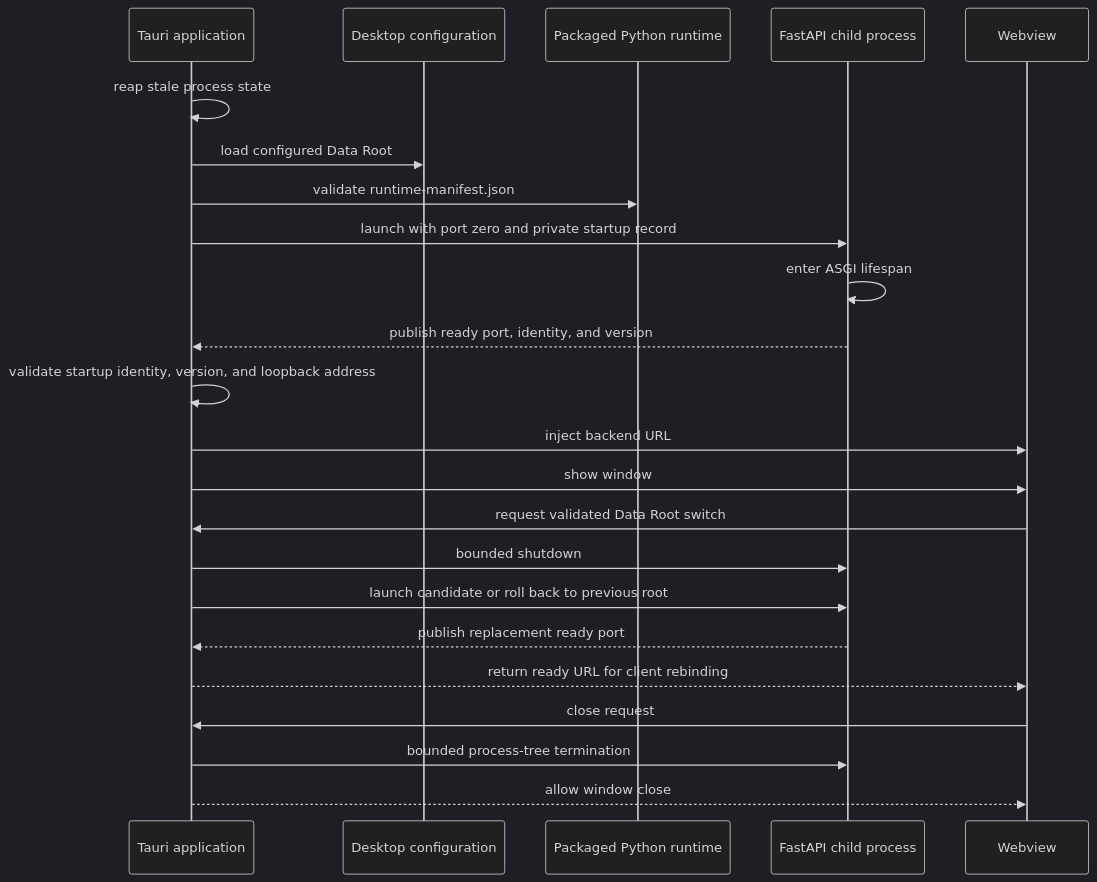
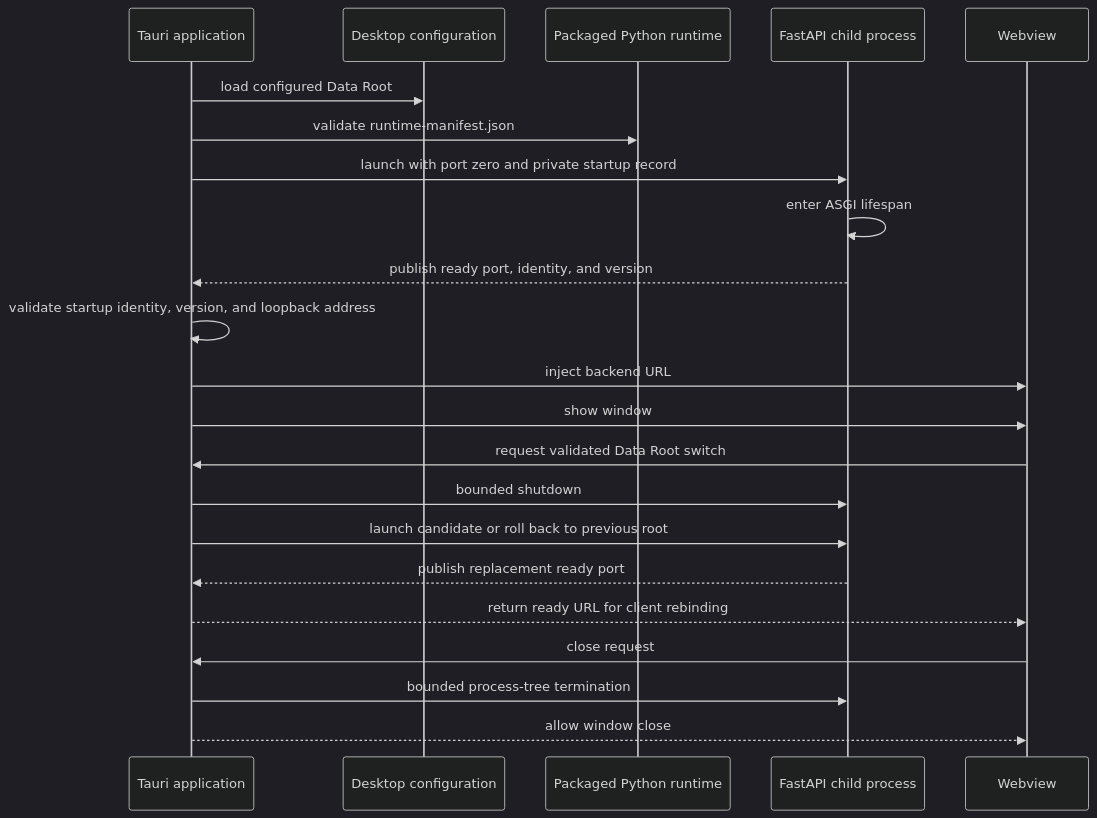
One commit to Australian-Text-Analytics-Platform/ldaca_web_app changed the first of 2 diagrams in docs/architecture/frontend/desktop.md. Above: the diagram before and after it, drawn with Mermaid (dark theme). The commit also changed other lines of this file and 2 other files, not shown here.

````diff
--- a/docs/architecture/frontend/desktop.md
+++ b/docs/architecture/frontend/desktop.md
@@ -15,26 +15,25 @@
 ```mermaid
 sequenceDiagram
     participant App as Tauri application
     participant Config as Desktop configuration
     participant Runtime as Packaged Python runtime
     participant Backend as FastAPI child process
     participant Webview
 
-    App->>App: reap stale process state
     App->>Config: load configured Data Root
     App->>Runtime: validate runtime-manifest.json
     App->>Backend: launch with port zero and private startup record
     Backend->>Backend: enter ASGI lifespan
     Backend-->>App: publish ready port, identity, and version
     App->>App: validate startup identity, version, and loopback address
     App->>Webview: inject backend URL
     App->>Webview: show window
     Webview->>App: request validated Data Root switch
     App->>Backend: bounded shutdown
     App->>Backend: launch candidate or roll back to previous root
     Backend-->>App: publish replacement ready port
     App-->>Webview: return ready URL for client rebinding
     Webview->>App: close request
     App->>Backend: bounded process-tree termination
     App-->>Webview: allow window close
 ```
````
